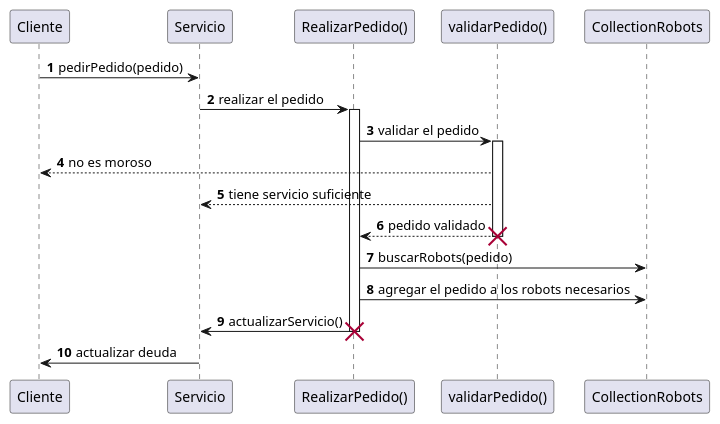
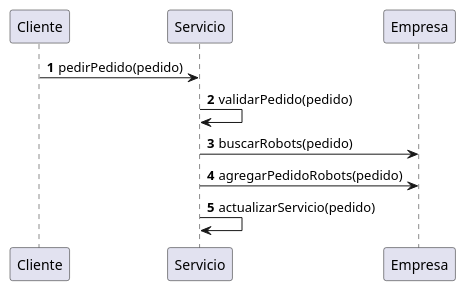
Before and after one commit to bacarvalho/TrabajoPractico: the diagram in src/main/java/com/grupo4/trabajo/Diagramas/diagrama_secuencia_realizarPedido.puml, drawn with PlantUML.

Commit message:
cambios en el diagrama de secuencia

```diff
--- a/src/main/java/com/grupo4/trabajo/Diagramas/diagrama_secuencia_realizarPedido.puml
+++ b/src/main/java/com/grupo4/trabajo/Diagramas/diagrama_secuencia_realizarPedido.puml
@@ -1,21 +1,13 @@
 @startuml
 'https://plantuml.com/sequence-diagram
 
 autonumber
 
 Cliente -> Servicio: pedirPedido(pedido)
-Servicio -> "RealizarPedido()": realizar el pedido
-activate "RealizarPedido()"
-"RealizarPedido()" -> "validarPedido()": validar el pedido
-activate "validarPedido()"
-"validarPedido()" --> Cliente : no es moroso
-"validarPedido()" --> Servicio : tiene servicio suficiente
-"validarPedido()" --> "RealizarPedido()": pedido validado
-destroy "validarPedido()"
-"RealizarPedido()" -> CollectionRobots: buscarRobots(pedido)
-"RealizarPedido()" -> CollectionRobots: agregar el pedido a los robots necesarios
-"RealizarPedido()" -> Servicio: actualizarServicio()
-destroy "RealizarPedido()"
-Servicio -> Cliente: actualizar deuda
+Servicio -> Servicio : validarPedido(pedido)
+Servicio -> Empresa: buscarRobots(pedido)
+Servicio -> Empresa: agregarPedidoRobots(pedido)
+Servicio -> Servicio: actualizarServicio(pedido)
+
 
 @enduml
```
